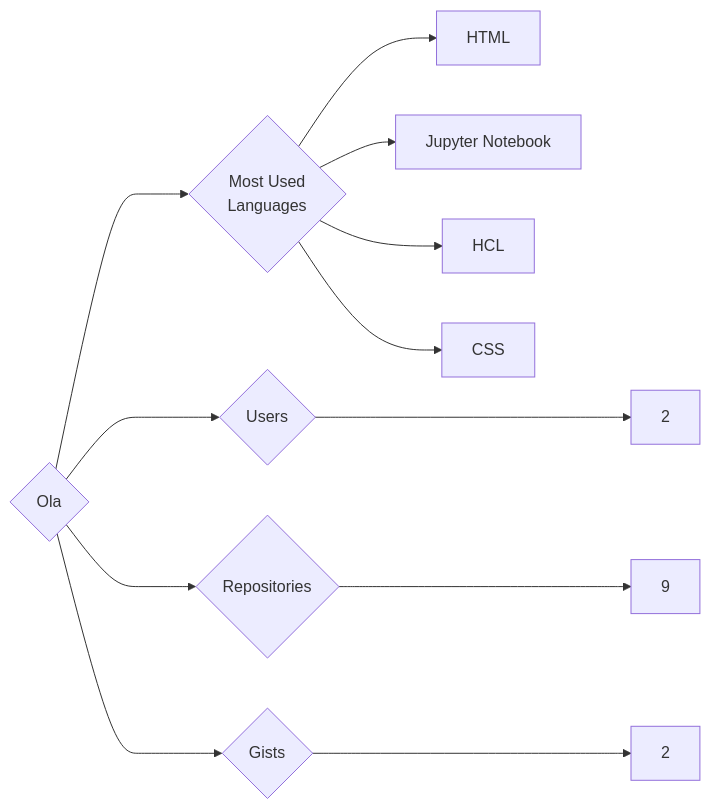
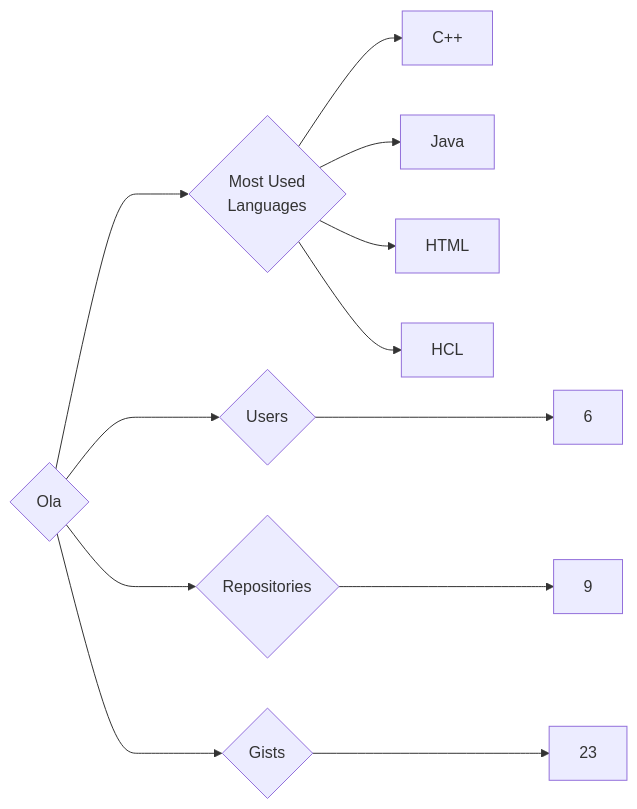
Before and after one commit to trickest/insiders: the diagram in targets/Ola/README.md, drawn with Mermaid. The commit also changed 1508 other files, not shown here.

````diff
--- a/targets/Ola/README.md
+++ b/targets/Ola/README.md
@@ -3,12 +3,12 @@
 ```mermaid
 graph LR
 COMPANY_NAME{Ola}
-COMPANY_NAME ---> U{Users} ---> UN[2]
+COMPANY_NAME ---> U{Users} ---> UN[6]
 COMPANY_NAME ---> R{Repositories} ---> RN[9]
-COMPANY_NAME ---> G{Gists} ---> GN[2]
+COMPANY_NAME ---> G{Gists} ---> GN[23]
 COMPANY_NAME ---> ML{Most Used<br>Languages}
+ML --> C++[C++]
+ML --> Java[Java]
 ML --> HTML[HTML]
-ML --> Jupyter_Notebook[Jupyter Notebook]
 ML --> HCL[HCL]
-ML --> CSS[CSS]
 ```
````
